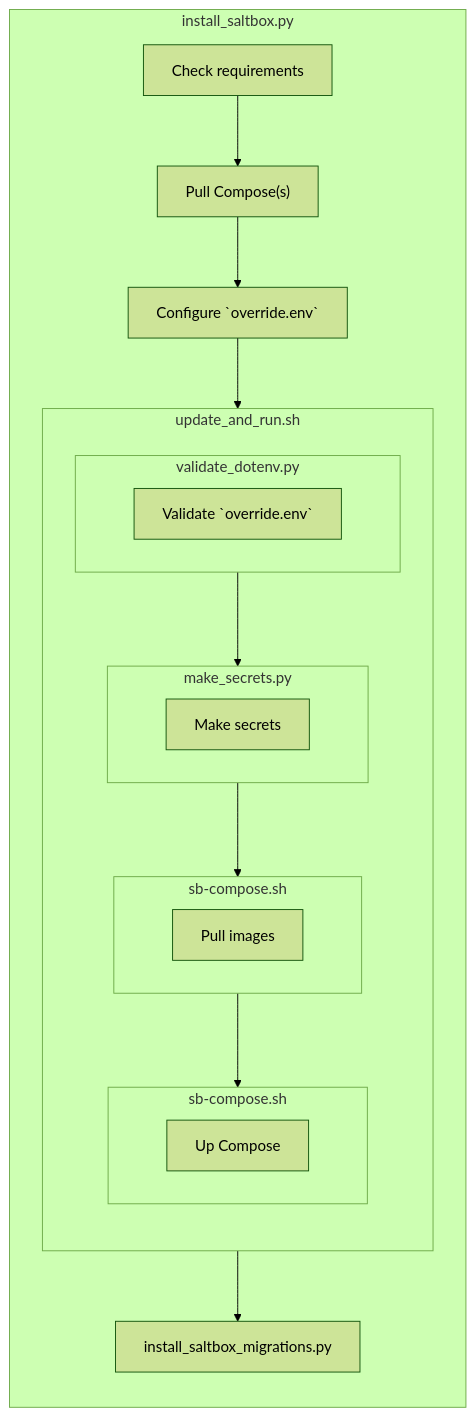
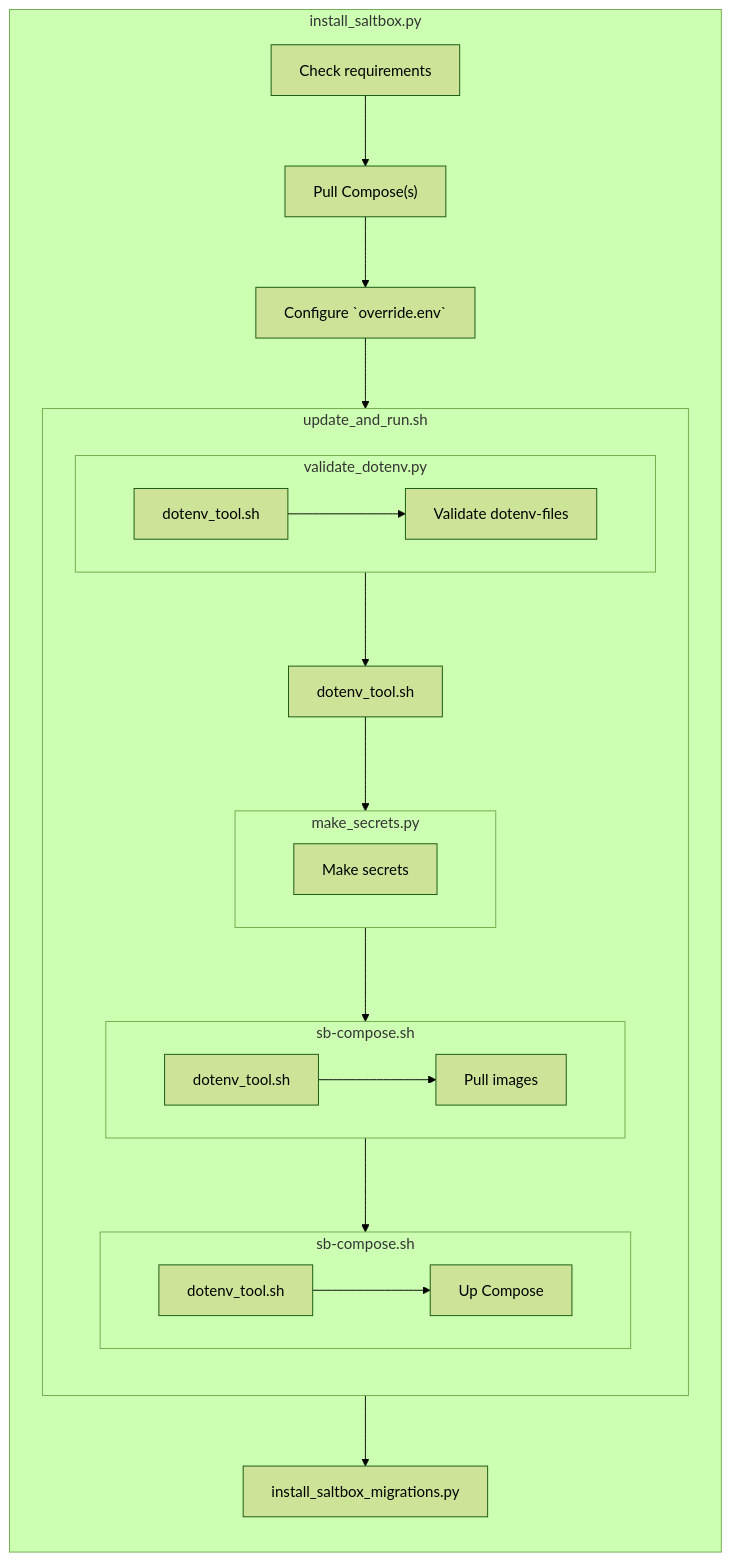
Before and after one commit to saltbox-pro/saltbox-compose: the diagram in README.md, drawn with Mermaid (forest theme). The commit also changed other lines of this file and 6 other files, not shown here.

Commit message:
SBX-597: Move most dotenv extra stuff into bin/dotenv_tool.sh

````diff
--- a/README.md
+++ b/README.md
@@ -77,29 +78,29 @@
 ```mermaid
 flowchart LR
     subgraph install_saltbox.py
     direction TB
     check[Check requirements]
         --> pull_repos["Pull Compose(s)"]
         --> conf[Configure `override.env`]
         --> update_and_run.sh
         subgraph update_and_run.sh
             direction TB
             subgraph validate_dotenv.py
-               validate_dotenv[Validate `override.env`]
+               dotenv_tool_validate[dotenv_tool.sh] --> validate_dotenv[Validate dotenv-files]
             end
-            validate_dotenv.py --> make_secrets.py
+            validate_dotenv.py --> dotenv_tool_secrets[dotenv_tool.sh] --> make_secrets.py
             subgraph make_secrets.py
                 make_secrets[Make secrets]
             end
             make_secrets.py --> sb-compose.sh-1
             subgraph sb-compose.sh-1[sb-compose.sh]
-                pull_images[Pull images]
+                dotenv_tool_pull[dotenv_tool.sh] --> pull_images[Pull images]
             end
             sb-compose.sh-1 --> sb-compose.sh-2
             subgraph sb-compose.sh-2[sb-compose.sh]
-                up[Up Compose]
+                dotenv_tool_up[dotenv_tool.sh] --> up[Up Compose]
             end
         end
         update_and_run.sh --> install_saltbox_migrations.py
     end
 ```
````
